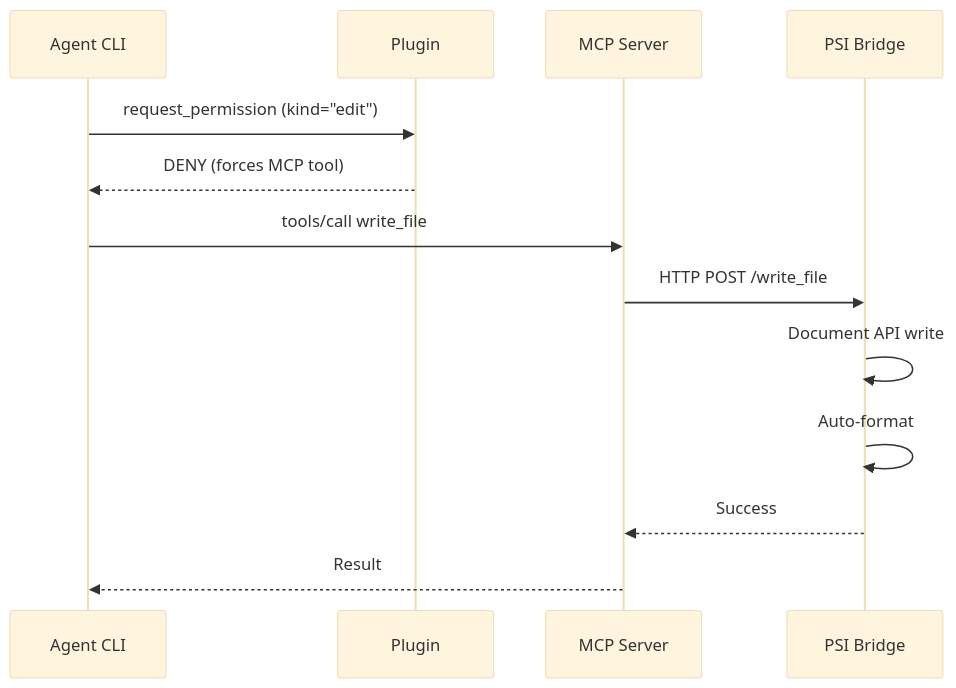
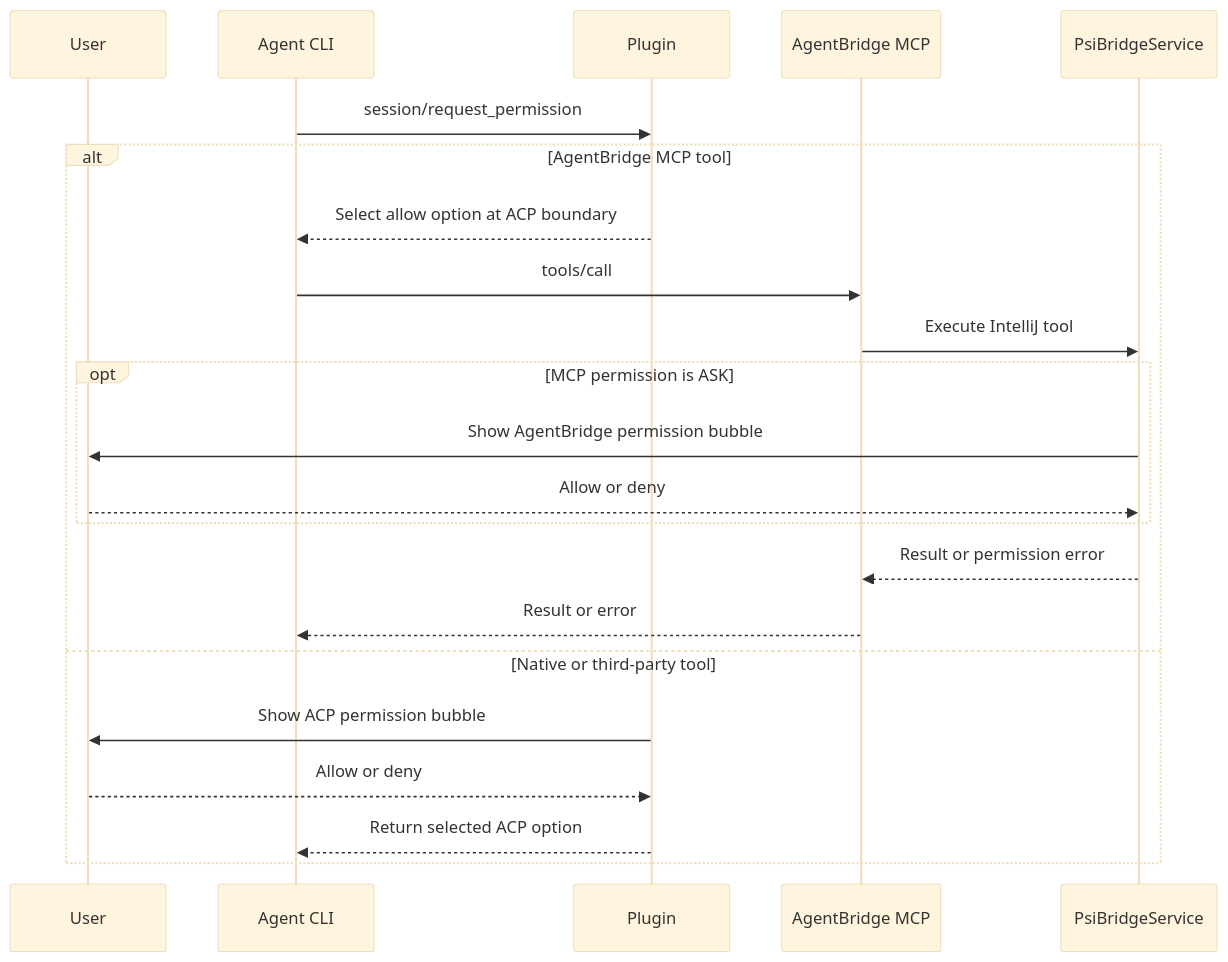
The fifth of 5 diagrams in docs/ARCHITECTURE.md (catatafishen/agentbridge), drawn with Mermaid (base theme) before and after one commit. The commit also changed other lines of this file and 21 other files, not shown here.

First line of the commit message:
fix: route ACP permission requests through UI

````diff
--- a/docs/ARCHITECTURE.md
+++ b/docs/ARCHITECTURE.md
@@ -187,16 +187,25 @@
 ```mermaid
 sequenceDiagram
+    participant User
     participant CLI as Agent CLI
     participant Plugin
-    participant MCP as MCP Server
-    participant PSI as PSI Bridge
-    
-    CLI->>Plugin: request_permission (kind="edit")
-    Plugin-->>CLI: DENY (forces MCP tool)
-    CLI->>MCP: tools/call write_file
-    MCP->>PSI: HTTP POST /write_file
-    PSI->>PSI: Document API write
-    PSI->>PSI: Auto-format
-    PSI-->>MCP: Success
-    MCP-->>CLI: Result
+    participant MCP as AgentBridge MCP
+    participant PSI as PsiBridgeService
+
+    CLI->>Plugin: session/request_permission
+    alt AgentBridge MCP tool
+        Plugin-->>CLI: Select allow option at ACP boundary
+        CLI->>MCP: tools/call
+        MCP->>PSI: Execute IntelliJ tool
+        opt MCP permission is ASK
+            PSI->>User: Show AgentBridge permission bubble
+            User-->>PSI: Allow or deny
+        end
+        PSI-->>MCP: Result or permission error
+        MCP-->>CLI: Result or error
+    else Native or third-party tool
+        Plugin->>User: Show ACP permission bubble
+        User-->>Plugin: Allow or deny
+        Plugin-->>CLI: Return selected ACP option
+    end
 ```
````
